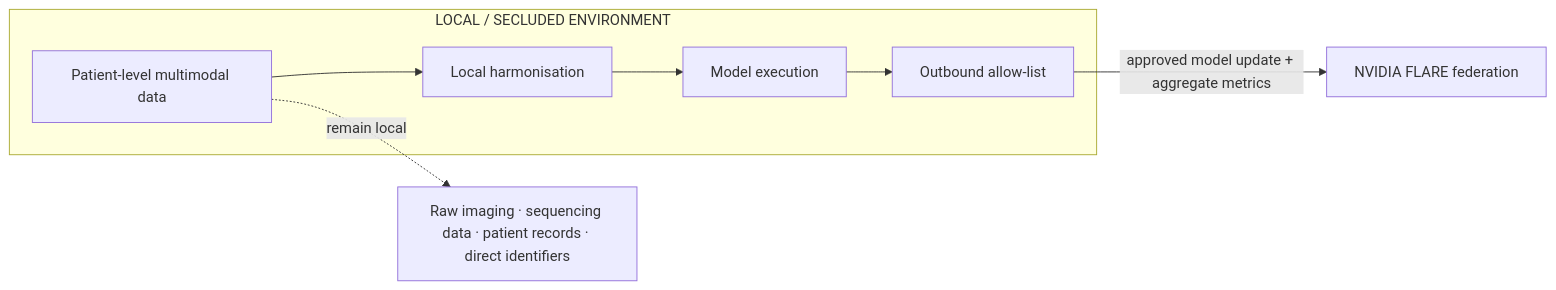
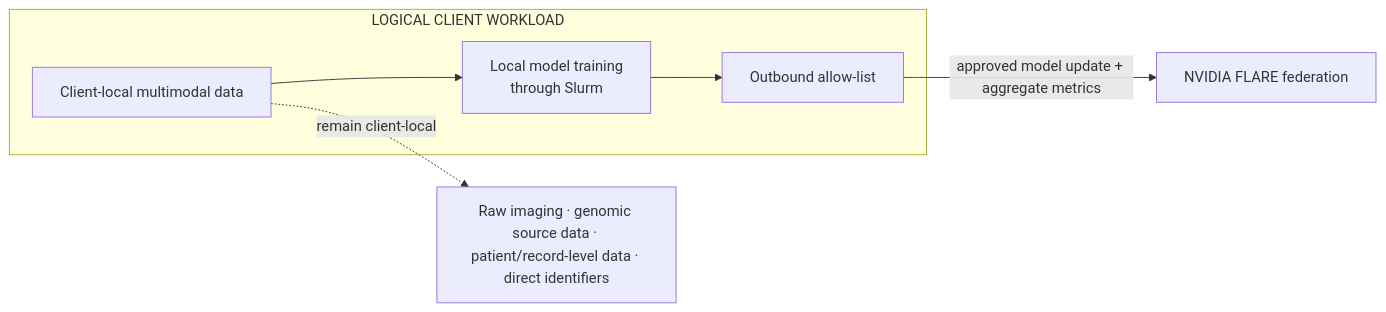
The third of 3 diagrams in README.md (collaborativebioinformatics/Internal_federation_supercomputing_environment), drawn with Mermaid before and after one commit. The commit also changed other lines of this file, not shown here.

````diff
--- a/README.md
+++ b/README.md
@@ -238,15 +245,15 @@
 ```mermaid
 flowchart LR
-    subgraph LOCAL["LOCAL / SECLUDED ENVIRONMENT"]
-        RAW["Patient-level multimodal data"]
-        HARM["Local harmonisation"]
-        EXEC["Model execution"]
+    subgraph LOCAL["LOGICAL CLIENT WORKLOAD"]
+        RAW["Client-local multimodal data"]
+        EXEC["Local model training<br/>through Slurm"]
         FILTER["Outbound allow-list"]
-        RAW --> HARM --> EXEC --> FILTER
+
+        RAW --> EXEC --> FILTER
     end
 
     FILTER -->|"approved model update + aggregate metrics"| FED["NVIDIA FLARE federation"]
 
-    BLOCK["Raw imaging · sequencing data · patient records · direct identifiers"]
-    RAW -. "remain local" .-> BLOCK
+    BLOCK["Raw imaging · genomic source data · patient/record-level data · direct identifiers"]
+    RAW -. "remain client-local" .-> BLOCK
 ```
````
